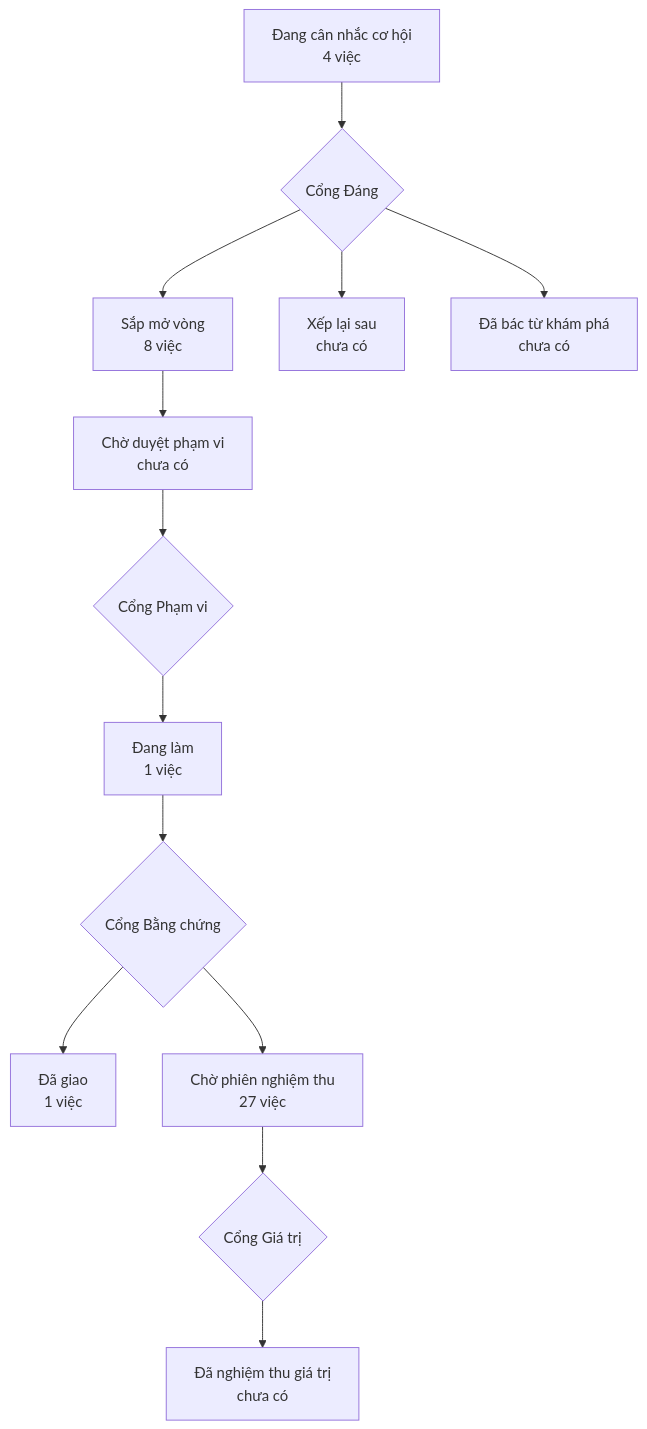
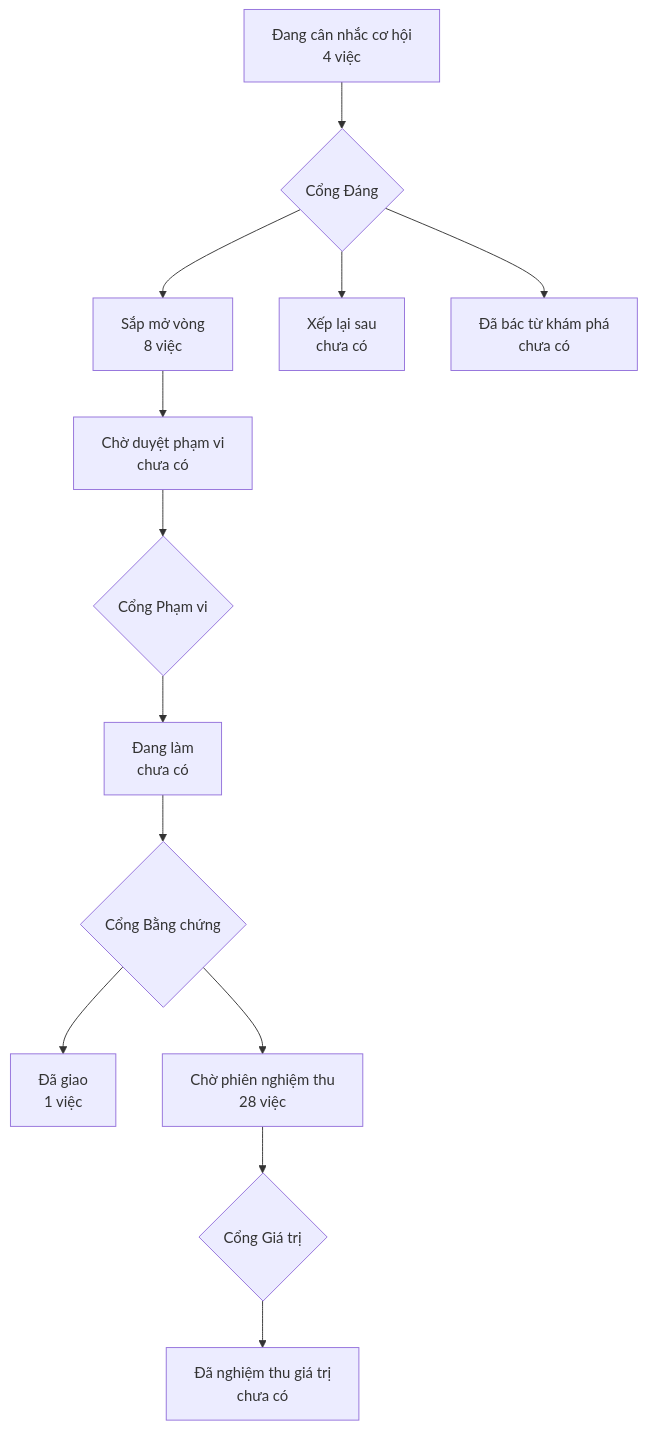
One commit to phanlemanh/onehub-inventory changed the diagram in PRODUCT-MAP.md. Above: the diagram before and after it, drawn with Mermaid. The commit also changed other lines of this file and 4 other files, not shown here.

````diff
--- a/PRODUCT-MAP.md
+++ b/PRODUCT-MAP.md
@@ -7,12 +7,12 @@
 ```mermaid
 flowchart TD
   A["Đang cân nhắc cơ hội<br/>4 việc"] --> GD{"Cổng Đáng"}
   GD --> B["Sắp mở vòng<br/>8 việc"]
   GD --> XL["Xếp lại sau<br/>chưa có"]
   GD --> DB["Đã bác từ khám phá<br/>chưa có"]
   B --> CD["Chờ duyệt phạm vi<br/>chưa có"] --> GP{"Cổng Phạm vi"}
-  GP --> DL["Đang làm<br/>1 việc"] --> GB{"Cổng Bằng chứng"}
+  GP --> DL["Đang làm<br/>chưa có"] --> GB{"Cổng Bằng chứng"}
   GB --> DG["Đã giao<br/>1 việc"]
-  GB --> CN["Chờ phiên nghiệm thu<br/>27 việc"] --> GG{"Cổng Giá trị"}
+  GB --> CN["Chờ phiên nghiệm thu<br/>28 việc"] --> GG{"Cổng Giá trị"}
   GG --> NT["Đã nghiệm thu giá trị<br/>chưa có"]
 ```
````
